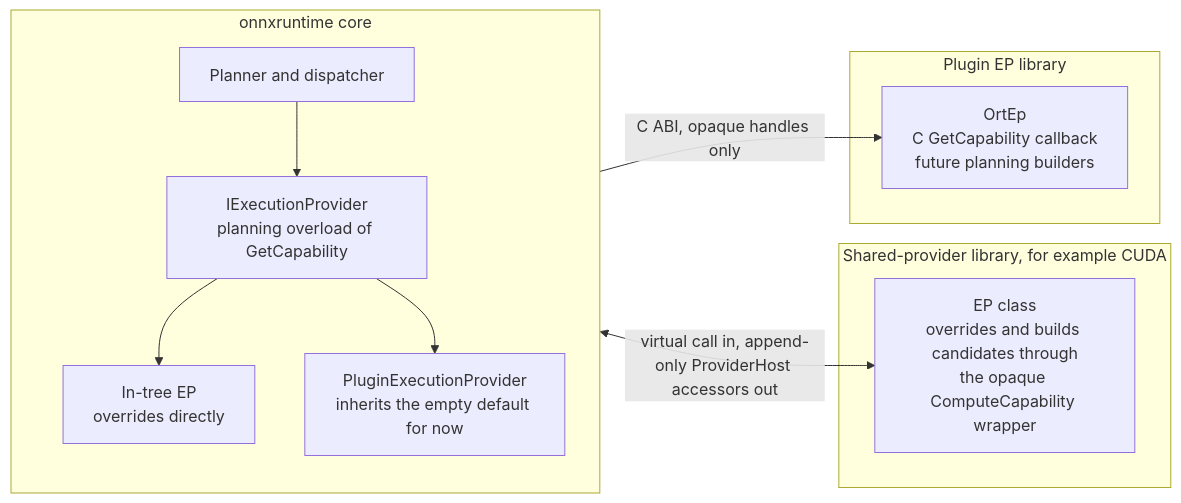
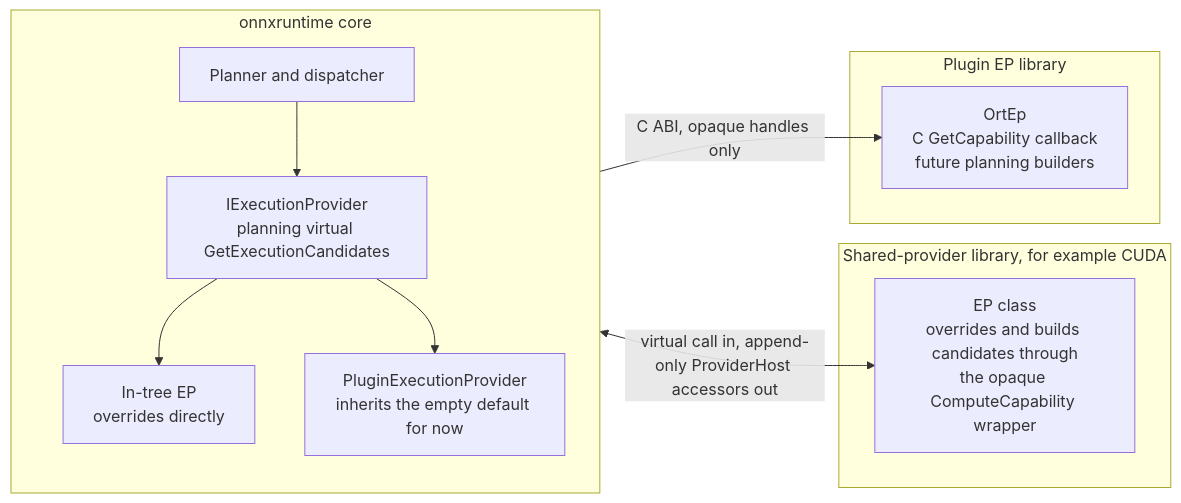
Before and after one commit to microsoft/onnxruntime: the seventh of 7 diagrams in docs/annotated_partitioning/capability_planning_interfaces.md, drawn with Mermaid. The commit also changed other lines of this file and 1 other file, not shown here.

````diff
--- a/docs/annotated_partitioning/capability_planning_interfaces.md
+++ b/docs/annotated_partitioning/capability_planning_interfaces.md
@@ -673,17 +699,17 @@
 ```mermaid
 flowchart LR
   subgraph CORE["onnxruntime core"]
     direction TB
-    PL["Planner and dispatcher"] --> IEP["IExecutionProvider<br/>planning overload of GetCapability"]
+    PL["Planner and dispatcher"] --> IEP["IExecutionProvider<br/>planning virtual GetExecutionCandidates"]
     IEP --> INT["In-tree EP<br/>overrides directly"]
     IEP --> PEP["PluginExecutionProvider<br/>inherits the empty default for now"]
   end
   subgraph DLL["Shared-provider library, for example CUDA"]
     CUDA["EP class<br/>overrides and builds candidates through<br/>the opaque ComputeCapability wrapper"]
   end
   subgraph PLUGIN["Plugin EP library"]
     OREP["OrtEp<br/>C GetCapability callback<br/>future planning builders"]
   end
   IEP <-->|"virtual call in, append-only ProviderHost accessors out"| CUDA
   PEP -->|"C ABI, opaque handles only"| OREP
 ```
````
